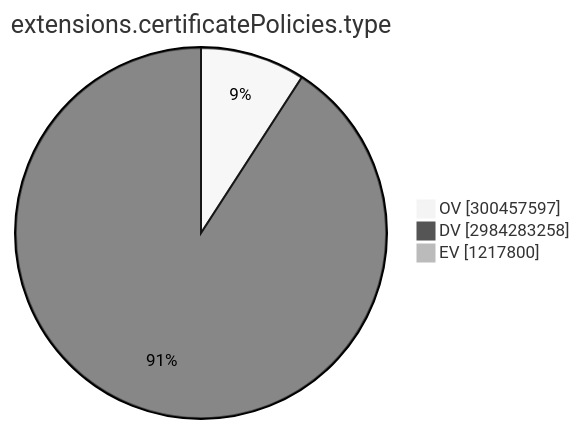
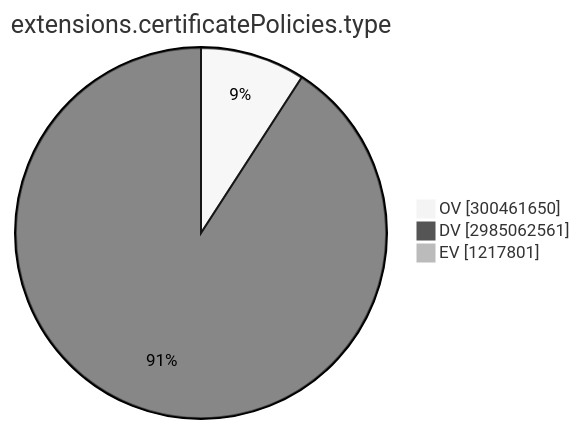
Before and after one commit to christiankrug/ctmonitor_visualization: the ninth of 15 diagrams in TOTAL/README.md, drawn with Mermaid (neutral theme). The commit also changed other lines of this file, not shown here.

````diff
--- a/TOTAL/README.md
+++ b/TOTAL/README.md
@@ -3101,7 +3102,7 @@
 ```mermaid
 pie showData
 title extensions.certificatePolicies.type
-"OV" :300457597
-"DV" :2984283258
-"EV" :1217800
+"OV" :300461650
+"DV" :2985062561
+"EV" :1217801
 ```
````
